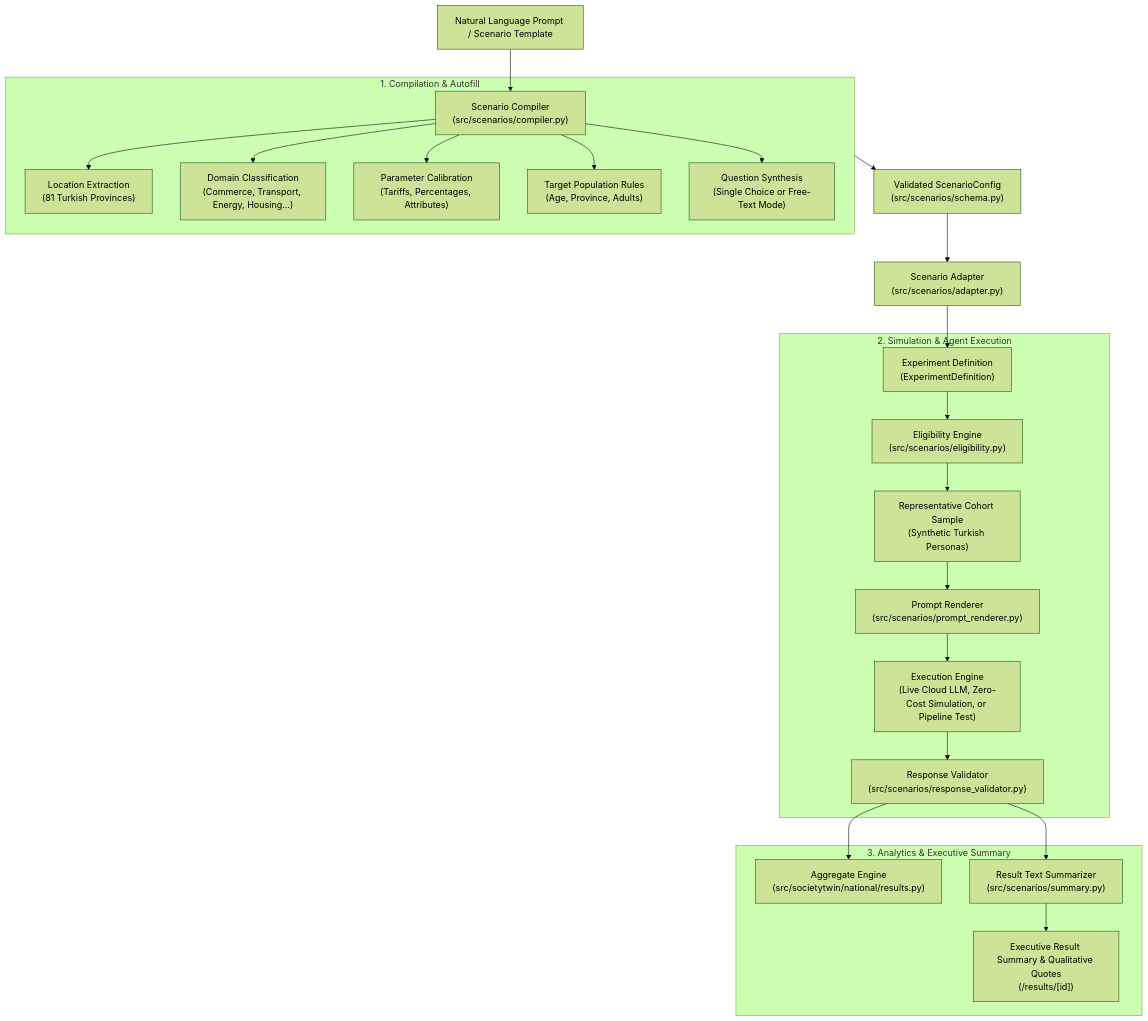
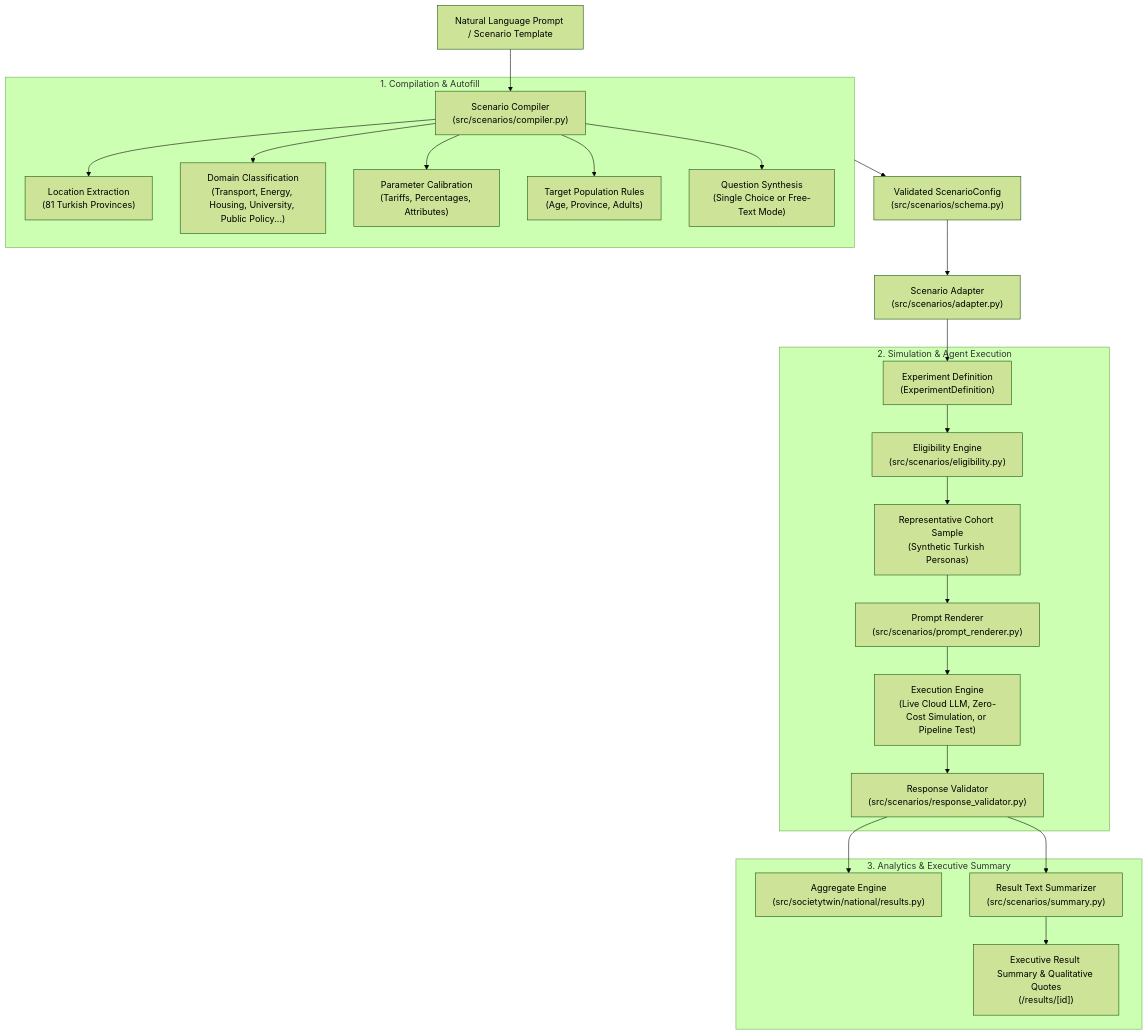
One commit to pakhlavonKh/AI-powered-digital-society-twin changed the diagram in docs/scenario-engine.md. Above: the diagram before and after it, drawn with Mermaid (forest theme). The commit also changed other lines of this file and 32 other files, not shown here.

````diff
--- a/docs/scenario-engine.md
+++ b/docs/scenario-engine.md
@@ -32,31 +32,31 @@
 ```mermaid
 flowchart TD
     A["Natural Language Prompt / Scenario Template"] --> B["Scenario Compiler\n(src/scenarios/compiler.py)"]
     
     subgraph Compilation["1. Compilation & Autofill"]
         B --> B1["Location Extraction\n(81 Turkish Provinces)"]
-        B --> B2["Domain Classification\n(Commerce, Transport, Energy, Housing...)"]
+        B --> B2["Domain Classification\n(Transport, Energy, Housing, University, Public Policy...)"]
         B --> B3["Parameter Calibration\n(Tariffs, Percentages, Attributes)"]
         B --> B4["Target Population Rules\n(Age, Province, Adults)"]
         B --> B5["Question Synthesis\n(Single Choice or Free-Text Mode)"]
     end
     
     Compilation --> C["Validated ScenarioConfig\n(src/scenarios/schema.py)"]
     
     C --> D["Scenario Adapter\n(src/scenarios/adapter.py)"]
     D --> E["Experiment Definition\n(ExperimentDefinition)"]
     
     subgraph Execution["2. Simulation & Agent Execution"]
         E --> F["Eligibility Engine\n(src/scenarios/eligibility.py)"]
         F --> G["Representative Cohort Sample\n(Synthetic Turkish Personas)"]
         G --> H["Prompt Renderer\n(src/scenarios/prompt_renderer.py)"]
         H --> I["Execution Engine\n(Live Cloud LLM, Zero-Cost Simulation, or Pipeline Test)"]
         I --> J["Response Validator\n(src/scenarios/response_validator.py)"]
     end
     
     subgraph Synthesis["3. Analytics & Executive Summary"]
         J --> K["Aggregate Engine\n(src/societytwin/national/results.py)"]
         J --> L["Result Text Summarizer\n(src/scenarios/summary.py)"]
         L --> M["Executive Result Summary & Qualitative Quotes\n(/results/[id])"]
     end
 ```
````
